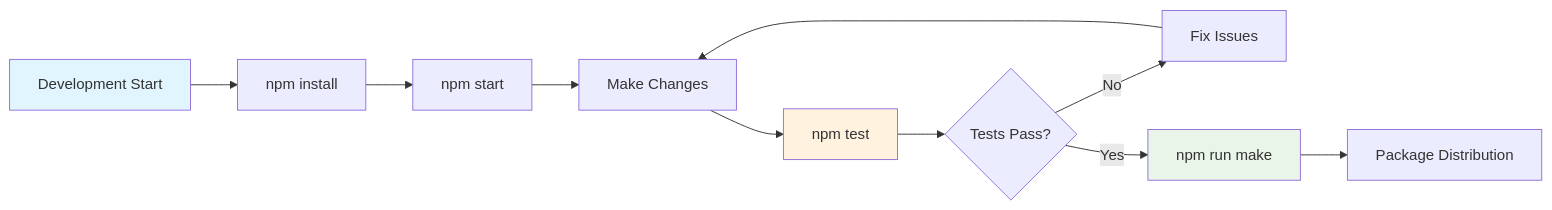
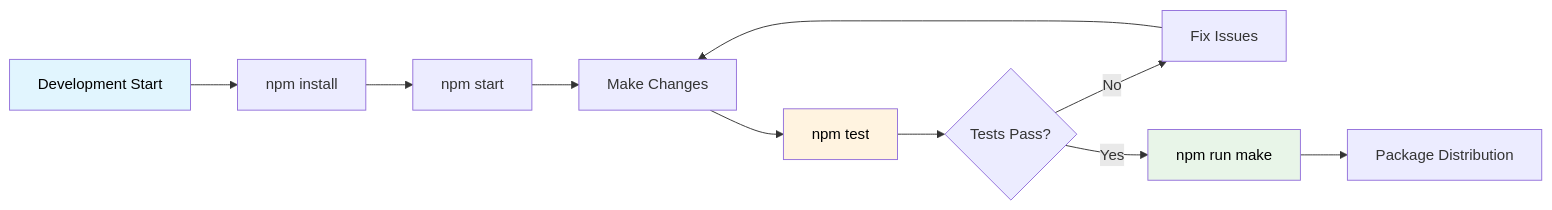
One commit to Interlaken0/temperature-plotter changed the second of 2 diagrams in QUICK-REFERENCE.md. Above: the diagram before and after it, drawn with Mermaid. The commit also changed other lines of this file and 8 other files, not shown here.

First line of the commit message:
Standardise Mermaid diagram text colour to black across all documentation

````diff
--- a/QUICK-REFERENCE.md
+++ b/QUICK-REFERENCE.md
@@ -268,16 +270,16 @@
 ```mermaid
 graph LR
     A[Development Start] --> B[npm install]
     B --> C[npm start]
     C --> D[Make Changes]
     D --> E[npm test]
     E --> F{Tests Pass?}
     F -->|No| G[Fix Issues]
     G --> D
     F -->|Yes| H[npm run make]
     H --> I[Package Distribution]
     
-    style A fill:#e1f5fe
-    style E fill:#fff3e0
-    style H fill:#e8f5e8
+    style A fill:#e1f5fe,color:#000000
+    style E fill:#fff3e0,color:#000000
+    style H fill:#e8f5e8,color:#000000
 ```
````
